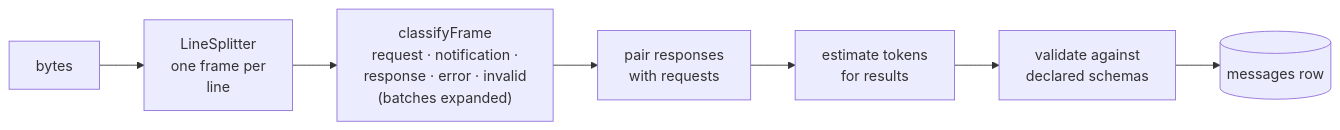
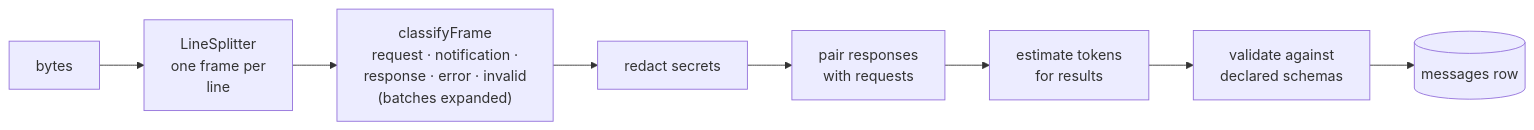
Before and after one commit to Jarryd-W-Hoffman/mcp-spy: the fifth of 6 diagrams in README.md, drawn with Mermaid. The commit also changed other lines of this file and 3 other files, not shown here.

````diff
--- a/README.md
+++ b/README.md
@@ -424,9 +424,10 @@
 ```mermaid
 flowchart LR
     B["bytes"] --> F["LineSplitter<br/>one frame per \n line"]
     F --> C["classifyFrame<br/>request · notification ·<br/>response · error · invalid<br/>(batches expanded)"]
-    C --> P["pair responses<br/>with requests"]
+    C --> R["redact secrets"]
+    R --> P["pair responses<br/>with requests"]
     P --> T["estimate tokens<br/>for results"]
     T --> V["validate against<br/>declared schemas"]
     V --> D[("messages row")]
 ```
````
